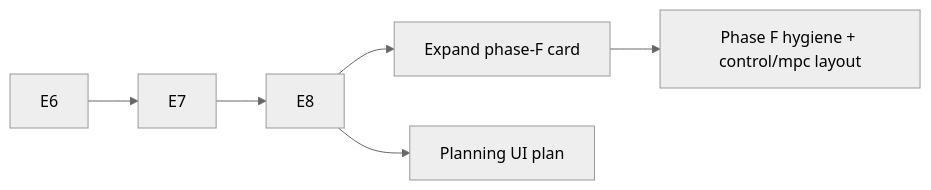
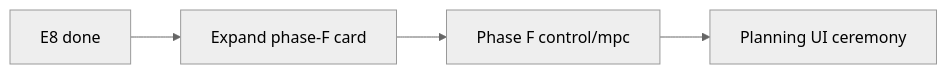
Before and after one commit to alx87grd/minilink: the diagram in docs/plans/mpc-rh-refactor/phase-F-cleanup.md, drawn with Mermaid (neutral theme). The commit also changed other lines of this file and 8 other files, not shown here.

````diff
--- a/docs/plans/mpc-rh-refactor/phase-F-cleanup.md
+++ b/docs/plans/mpc-rh-refactor/phase-F-cleanup.md
@@ -96,14 +98,9 @@
 ```mermaid
 flowchart LR
-  E6[E6]
-  E7[E7]
-  E8[E8]
+  E8[E8 done]
   Fexpand[Expand phase-F card]
-  Fwork[Phase F hygiene + control/mpc layout]
-  UI[Planning UI plan]
+  Fwork[Phase F control/mpc]
+  UI[Planning UI ceremony]
 
-  E6 --> E7 --> E8
-  E8 --> Fexpand
-  Fexpand --> Fwork
-  E8 --> UI
+  E8 --> Fexpand --> Fwork --> UI
 ```
````
